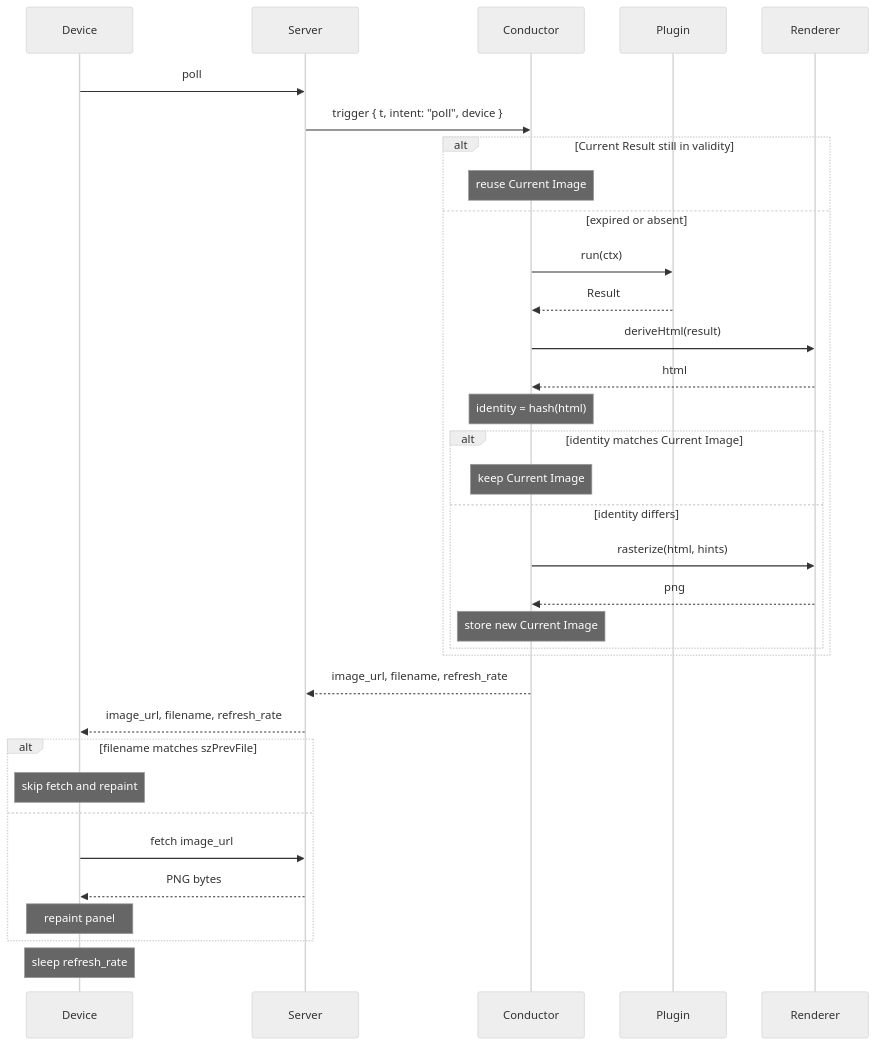
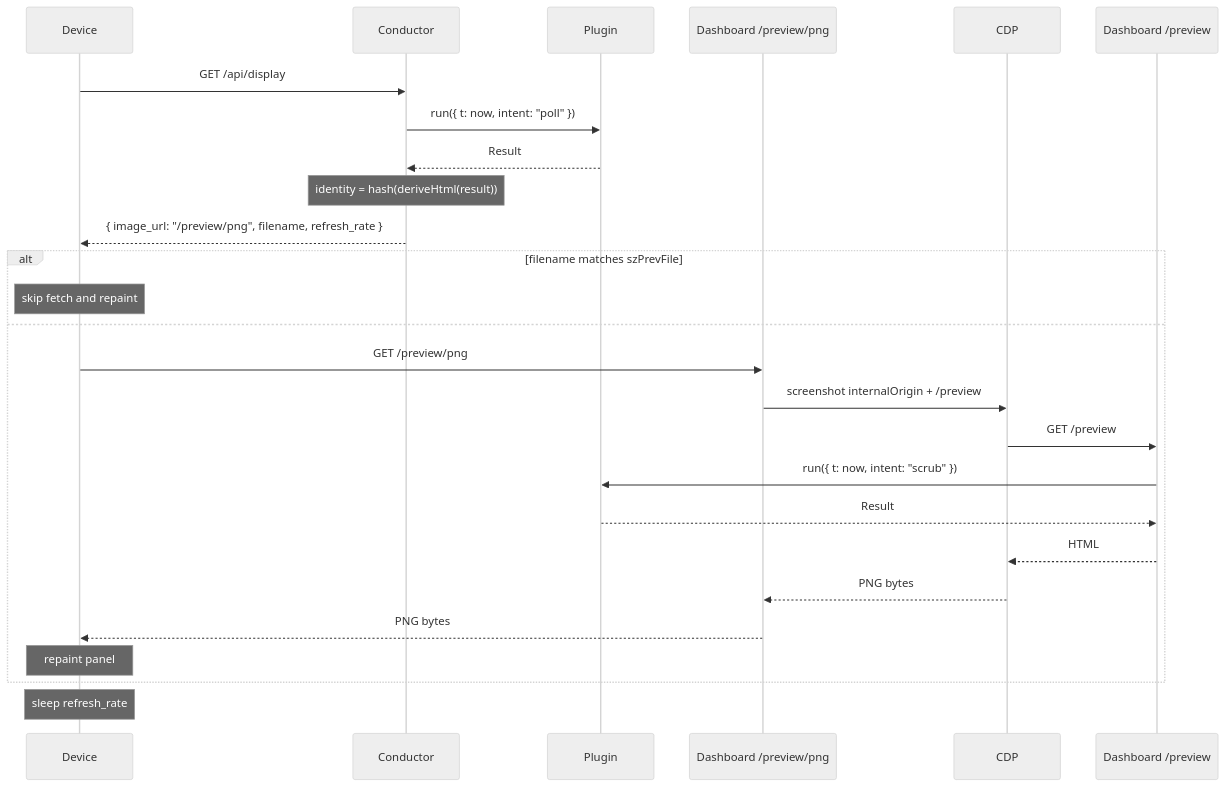
Before and after one commit to hertzg/trmnl_byos_deno: the diagram in CONTEXT.md, drawn with Mermaid (neutral theme). The commit also changed other lines of this file and 15 other files, not shown here.

````diff
--- a/CONTEXT.md
+++ b/CONTEXT.md
@@ -85,41 +80,31 @@
 ```mermaid
 sequenceDiagram
     participant Device
-    participant Server
     participant Conductor
     participant Plugin
-    participant Renderer
+    participant Dashboard as Dashboard /preview/png
+    participant CDP
+    participant Preview as Dashboard /preview
 
-    Device->>Server: poll
-    Server->>Conductor: trigger { t, intent: "poll", device }
-
-    alt Current Result still in validity
-        Note over Conductor: reuse Current Image
-    else expired or absent
-        Conductor->>Plugin: run(ctx)
-        Plugin-->>Conductor: Result
-        Conductor->>Renderer: deriveHtml(result)
-        Renderer-->>Conductor: html
-        Note over Conductor: identity = hash(html)
-        alt identity matches Current Image
-            Note over Conductor: keep Current Image
-        else identity differs
-            Conductor->>Renderer: rasterize(html, hints)
-            Renderer-->>Conductor: png
-            Note over Conductor: store new Current Image
-        end
-    end
-
-    Conductor-->>Server: image_url, filename, refresh_rate
-    Server-->>Device: image_url, filename, refresh_rate
+    Device->>Conductor: GET /api/display
+    Conductor->>Plugin: run({ t: now, intent: "poll" })
+    Plugin-->>Conductor: Result
+    Note over Conductor: identity = hash(deriveHtml(result))
+    Conductor-->>Device: { image_url: "/preview/png", filename, refresh_rate }
 
     alt filename matches szPrevFile
         Note over Device: skip fetch and repaint
     else
-        Device->>Server: fetch image_url
-        Server-->>Device: PNG bytes
+        Device->>Dashboard: GET /preview/png
+        Dashboard->>CDP: screenshot internalOrigin + /preview
+        CDP->>Preview: GET /preview
+        Preview->>Plugin: run({ t: now, intent: "scrub" })
+        Plugin-->>Preview: Result
+        Preview-->>CDP: HTML
+        CDP-->>Dashboard: PNG bytes
+        Dashboard-->>Device: PNG bytes
         Note over Device: repaint panel
     end
 
     Note over Device: sleep refresh_rate
 ```
````
